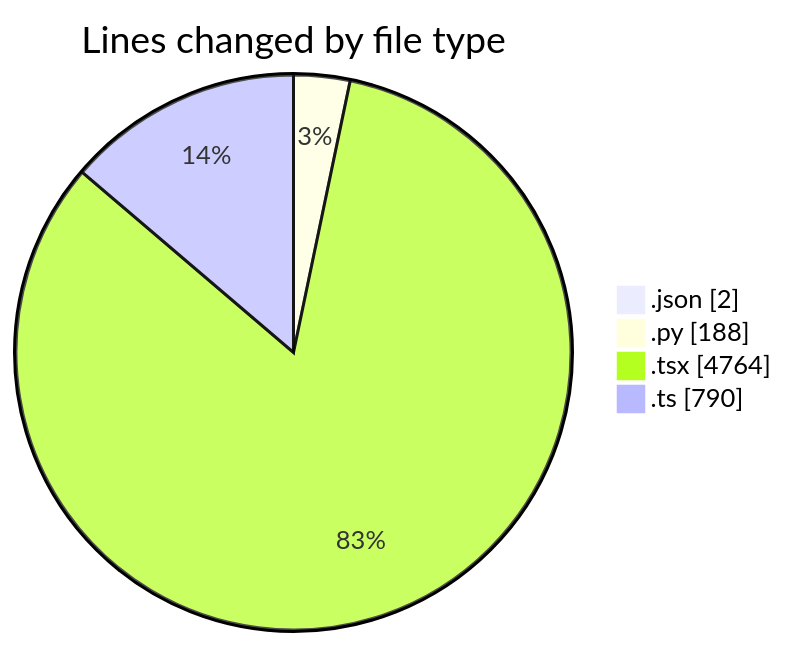
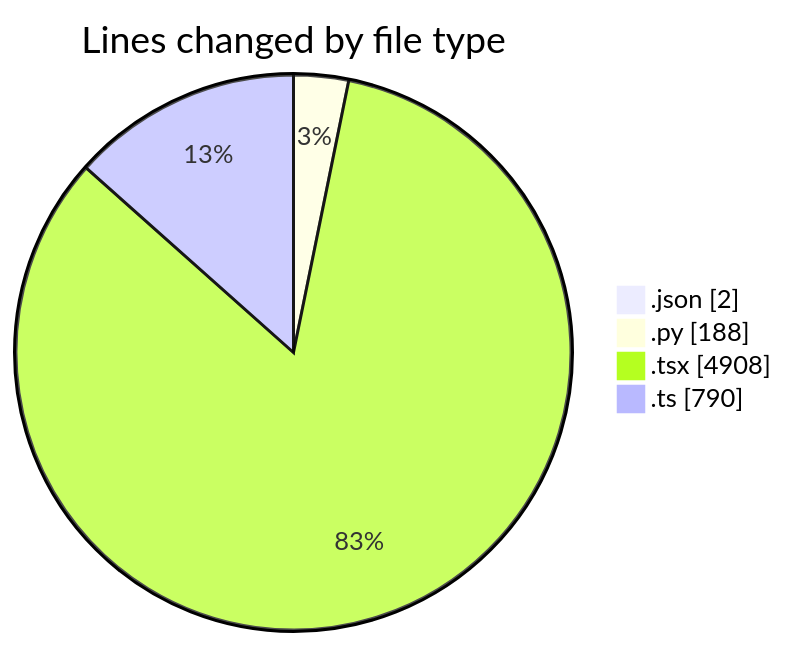
Before and after one commit to julien-gomy/code-tracking: the first of 2 diagrams in 2025-10-06/eventscop-frontend-guide__workspace_/README.md, drawn with Mermaid. The commit also changed other lines of this file and 1 other file, not shown here.

````diff
--- a/2025-10-06/eventscop-frontend-guide__workspace_/README.md
+++ b/2025-10-06/eventscop-frontend-guide__workspace_/README.md
@@ -54,8 +56,8 @@
 ```mermaid
 pie showData
 title Lines changed by file type
 ".json" : 2
 ".py" : 188
-".tsx" : 4764
+".tsx" : 4908
 ".ts" : 790
 ```
````
